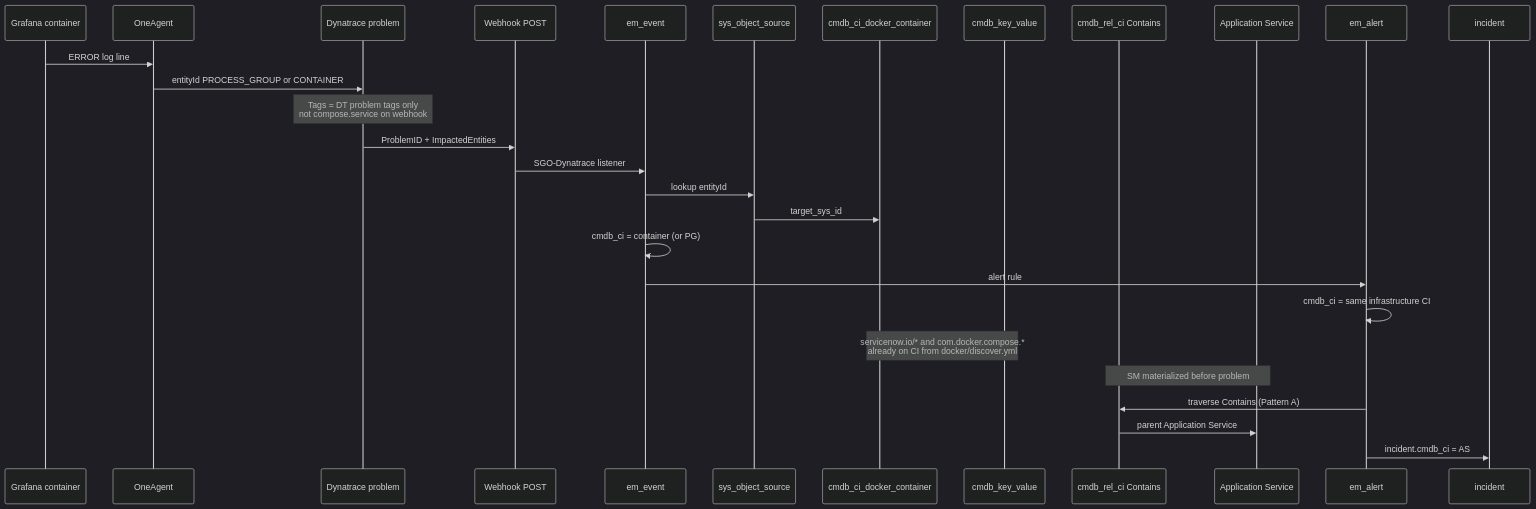
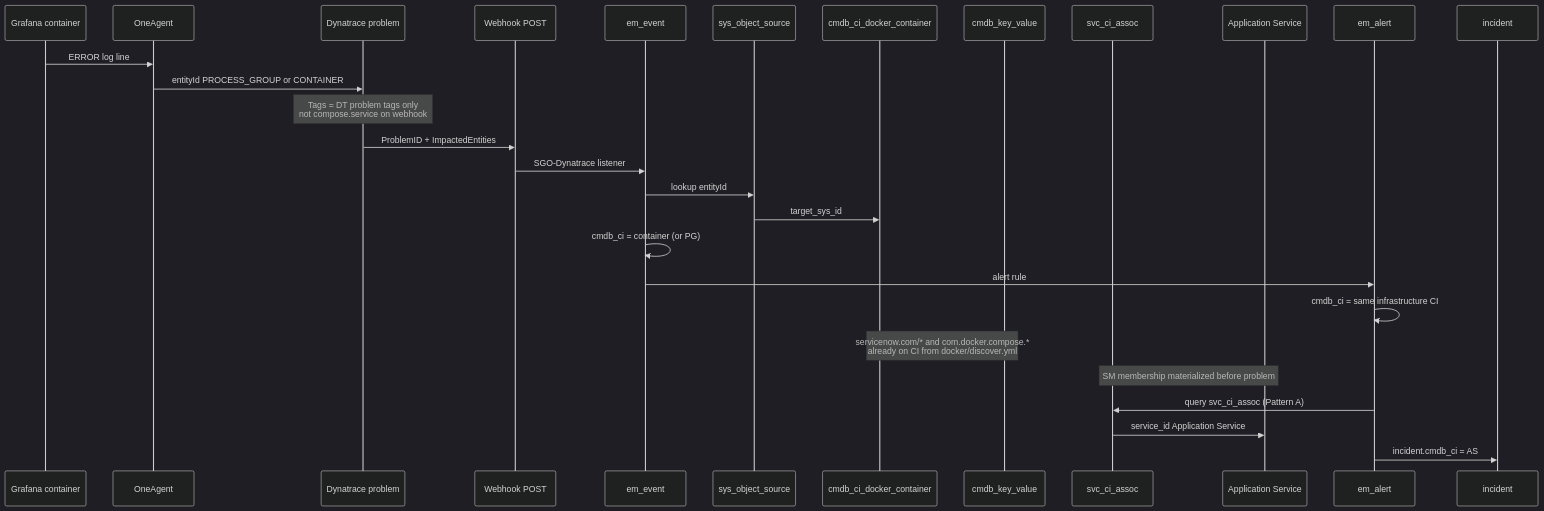
Before and after one commit to gxbrooks/spark-observability: the third of 3 diagrams in observability/dynatrace/docs/DT_Problems_to_SN_Event.md, drawn with Mermaid (dark theme). The commit also changed other lines of this file and 63 other files, not shown here.

First line of the commit message:
Align ServiceNow service instances on a single display-name tag and svc_ci_assoc.

````diff
--- a/observability/dynatrace/docs/DT_Problems_to_SN_Event.md
+++ b/observability/dynatrace/docs/DT_Problems_to_SN_Event.md
@@ -567,31 +570,31 @@
 ```mermaid
 sequenceDiagram
   participant C as Grafana container
   participant OA as OneAgent
   participant DT as Dynatrace problem
   participant WH as Webhook POST
   participant EV as em_event
   participant SOS as sys_object_source
   participant CTR as cmdb_ci_docker_container
   participant KV as cmdb_key_value
-  participant REL as cmdb_rel_ci Contains
+  participant REL as svc_ci_assoc
   participant AS as Application Service
   participant AL as em_alert
   participant INC as incident
 
   C->>OA: ERROR log line
   OA->>DT: entityId PROCESS_GROUP or CONTAINER
   Note over DT: Tags = DT problem tags only<br/>not compose.service on webhook
   DT->>WH: ProblemID + ImpactedEntities
   WH->>EV: SGO-Dynatrace listener
   EV->>SOS: lookup entityId
   SOS->>CTR: target_sys_id
   EV->>EV: cmdb_ci = container (or PG)
   EV->>AL: alert rule
   AL->>AL: cmdb_ci = same infrastructure CI
-  Note over CTR,KV: servicenow.io/* and com.docker.compose.*<br/>already on CI from docker/discover.yml
-  Note over REL,AS: SM materialized before problem
-  AL->>REL: traverse Contains (Pattern A)
-  REL->>AS: parent Application Service
+  Note over CTR,KV: servicenow.com/* and com.docker.compose.*<br/>already on CI from docker/discover.yml
+  Note over REL,AS: SM membership materialized before problem
+  AL->>REL: query svc_ci_assoc (Pattern A)
+  REL->>AS: service_id Application Service
   AL->>INC: incident.cmdb_ci = AS
 ```
````
